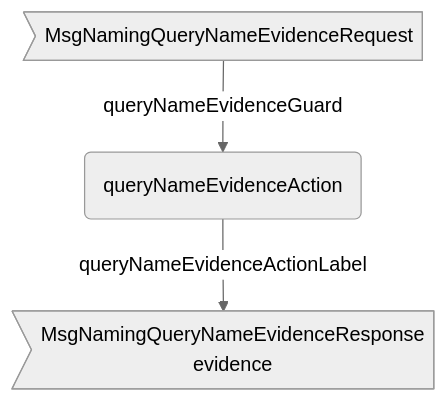
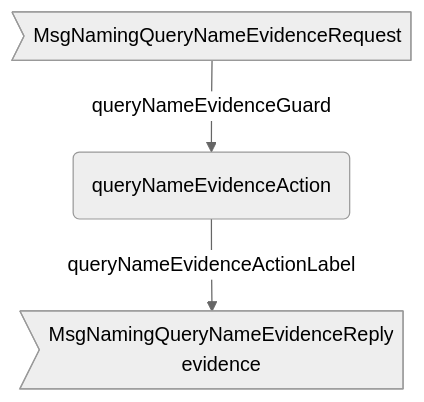
One commit to anoma/nspec changed the third of 3 diagrams in docs/arch/node/engines/naming_behaviour.juvix.md. Above: the diagram before and after it, drawn with Mermaid (neutral theme). The commit also changed other lines of this file and 37 other files, not shown here.

Commit message:
Renamed all instances of "Response" to "Reply" in message interfaces for consistency across commitment, decryption, identity management, and other engines.

````diff
--- a/docs/arch/node/engines/naming_behaviour.juvix.md
+++ b/docs/arch/node/engines/naming_behaviour.juvix.md
@@ -552,8 +552,8 @@
 ```mermaid
 flowchart TD
   MSG>MsgNamingQueryNameEvidenceRequest]
   A(queryNameEvidenceAction)
-  RES>MsgNamingQueryNameEvidenceResponse<br/>evidence]
+  RES>MsgNamingQueryNameEvidenceReply<br/>evidence]
 
   MSG --queryNameEvidenceGuard--> A --queryNameEvidenceActionLabel--> RES
 ```
````
